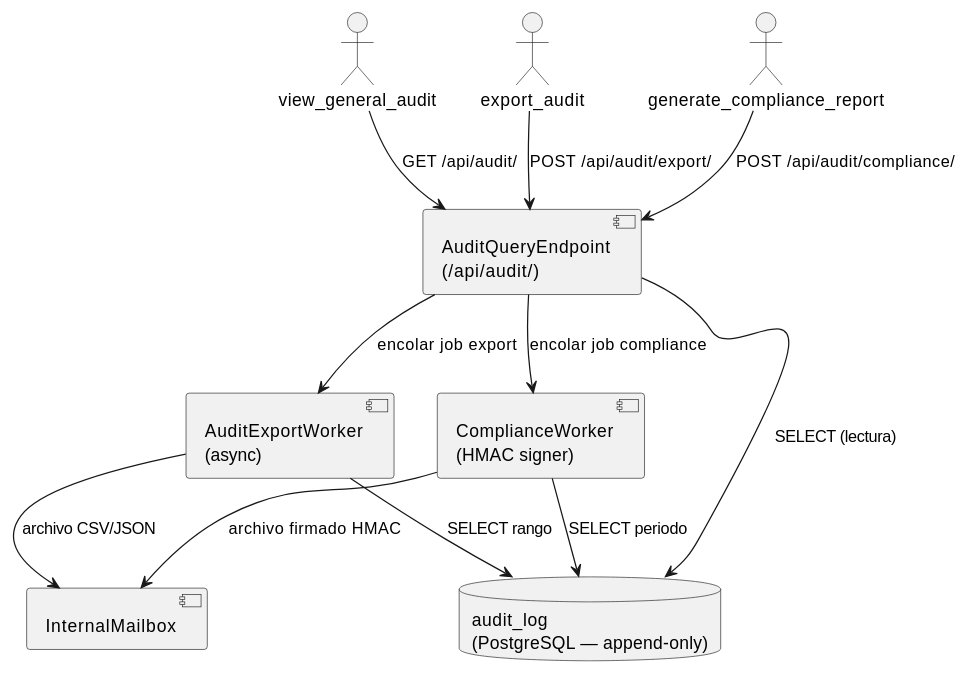
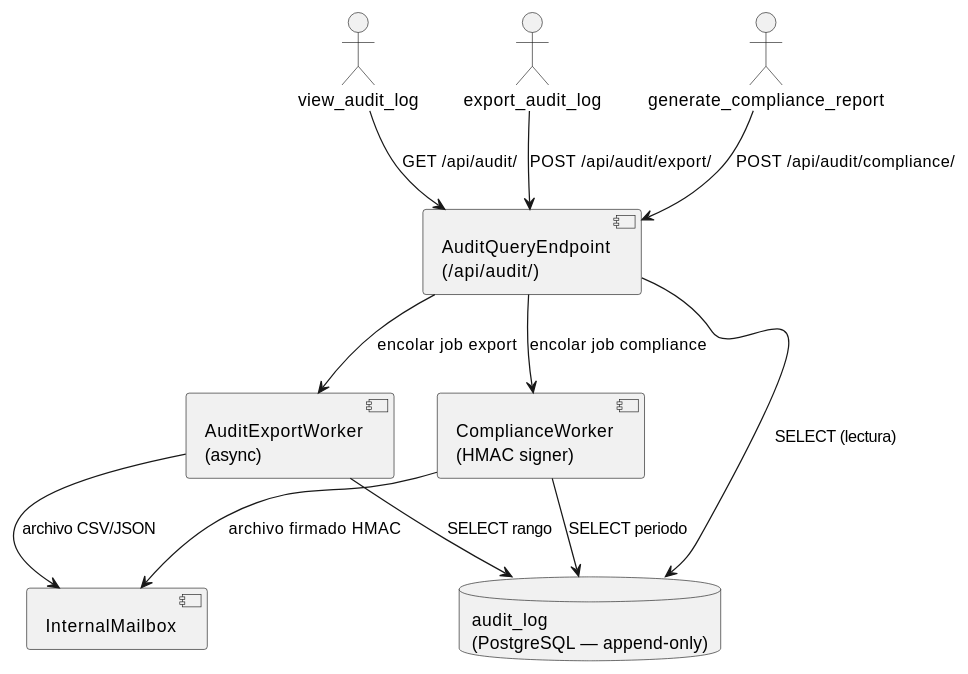
The third of 3 diagrams in source/arquitectura-tecnica/modulos/audit/diagramas.rst (jcg-admin/IACT-docs), drawn with PlantUML before and after one commit. The commit also changed other lines of this file and 157 other files, not shown here.

First line of the commit message:
Enforce catalog function names across all diagrams

```diff
--- a/source/arquitectura-tecnica/modulos/audit/diagramas.rst
+++ b/source/arquitectura-tecnica/modulos/audit/diagramas.rst
@@ -65,28 +65,28 @@
 .. uml::
  :caption: Componentes de MOD_Audit y sus dependencias.
 
  @startuml
 
- actor "view_general_audit" as VGA
- actor "export_audit" as EA
+ actor "view_audit_log" as VGA
+ actor "export_audit_log" as EA
  actor "generate_compliance_report" as GCR
 
  component "AuditQueryEndpoint\n(/api/audit/)" as QEP
  component "AuditExportWorker\n(async)" as EW
  component "ComplianceWorker\n(HMAC signer)" as CW
  component "InternalMailbox" as MB
 
  database "audit_log\n(PostgreSQL — append-only)" as DB
 
  VGA --> QEP : GET /api/audit/
  EA --> QEP : POST /api/audit/export/
  GCR --> QEP : POST /api/audit/compliance/
  QEP --> DB : SELECT (lectura)
  QEP --> EW : encolar job export
  QEP --> CW : encolar job compliance
  EW --> DB : SELECT rango
  CW --> DB : SELECT periodo
  EW --> MB : archivo CSV/JSON
  CW --> MB : archivo firmado HMAC
 
  @enduml
```
